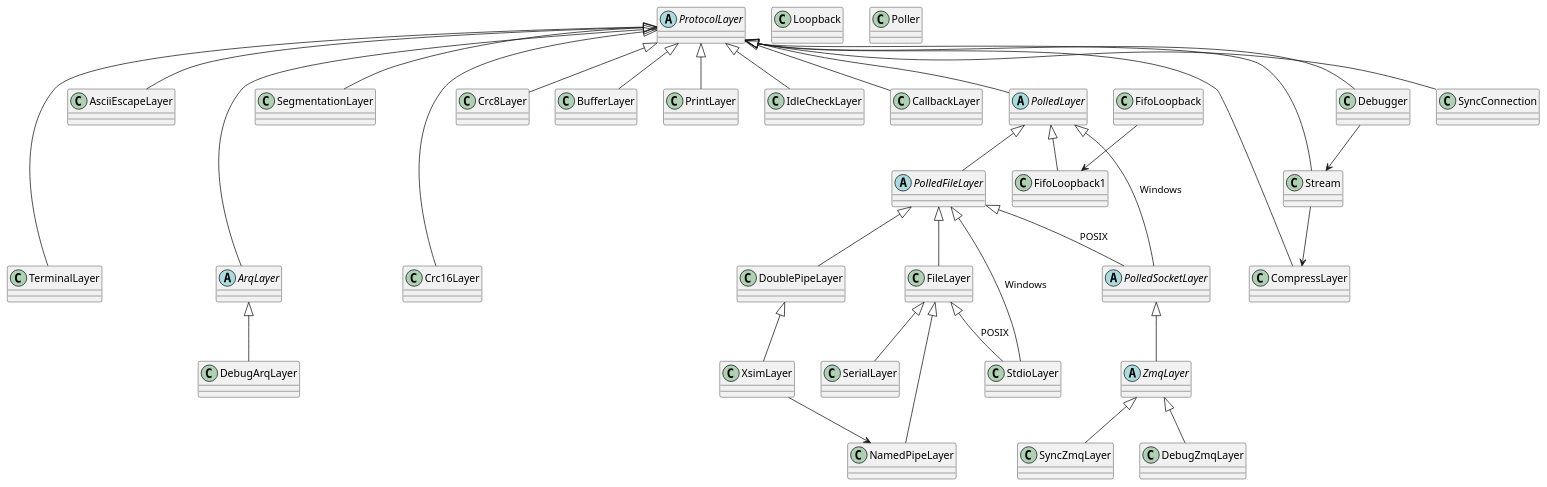
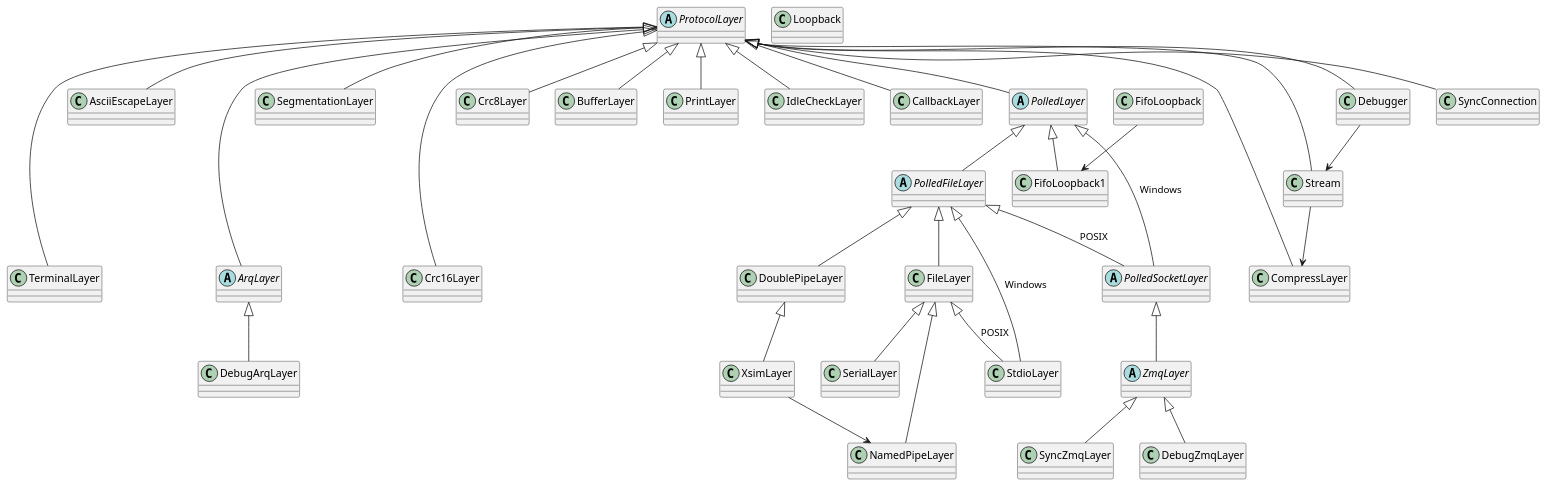
Before and after one commit to DEMCON/libstored: the diagram in sphinx/doc/cpp_protocol.rst, drawn with PlantUML. The commit also changed other lines of this file and 4 other files, not shown here.

```diff
--- a/sphinx/doc/cpp_protocol.rst
+++ b/sphinx/doc/cpp_protocol.rst
@@ -71,52 +71,51 @@
 .. uml::
 
    abstract ProtocolLayer
    ProtocolLayer <|-- AsciiEscapeLayer
    ProtocolLayer <|-- TerminalLayer
    AsciiEscapeLayer -[hidden]--> TerminalLayer
    ProtocolLayer <|-- SegmentationLayer
    ProtocolLayer <|-- Crc8Layer
    ProtocolLayer <|-- Crc16Layer
    Crc8Layer -[hidden]--> Crc16Layer
    ProtocolLayer <|-- BufferLayer
    ProtocolLayer <|-- PrintLayer
    ProtocolLayer <|-- IdleCheckLayer
    ProtocolLayer <|-- CallbackLayer
 
    abstract ArqLayer
    SegmentationLayer -[hidden]--> ArqLayer
    ProtocolLayer <|-- ArqLayer
    ArqLayer <|-- DebugArqLayer
 
    abstract PolledLayer
    abstract PolledFileLayer
    abstract PolledSocketLayer
    ProtocolLayer <|-- PolledLayer
    PolledLayer <|-- PolledFileLayer
    PolledFileLayer <|-- FileLayer
    FileLayer <|-- NamedPipeLayer
    PolledFileLayer <|-- DoublePipeLayer
    DoublePipeLayer <|-- XsimLayer
    XsimLayer --> NamedPipeLayer
    PolledLayer <|-- PolledSocketLayer : Windows
    PolledFileLayer <|-- PolledSocketLayer : POSIX
    PolledFileLayer <|-- StdioLayer : Windows
    FileLayer <|-- StdioLayer : POSIX
    ProtocolLayer <|-- CompressLayer
    PolledLayer <|-- FifoLoopback1
    FileLayer <|-- SerialLayer
 
    ProtocolLayer <|-- Stream
    Debugger --> Stream
    Stream --> CompressLayer
    ProtocolLayer <|-- Debugger
    ProtocolLayer <|-- SyncConnection
 
    abstract ZmqLayer
    PolledSocketLayer <|-- ZmqLayer
    ZmqLayer <|-- DebugZmqLayer
    ZmqLayer <|-- SyncZmqLayer
 
    class Loopback
-   class Poller
    FifoLoopback --> FifoLoopback1
```
